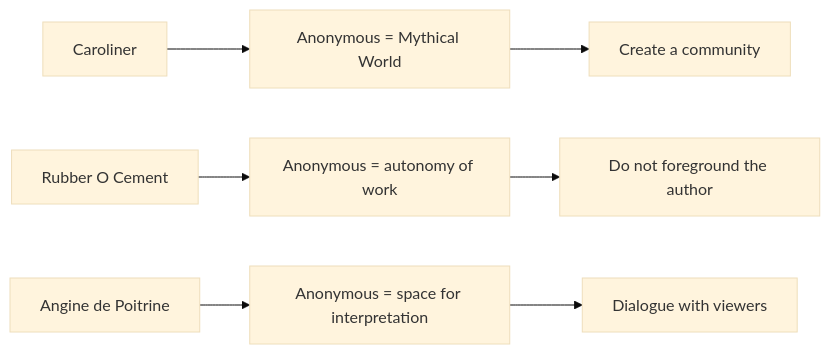
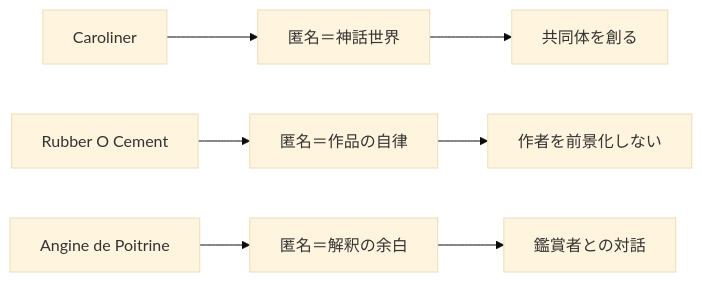
One commit to monumental-movement/monumental-movement.github.io changed the eighth of 9 diagrams in en/_posts/2026-07-07-column-angine-de-poitrine-caroliner-rubber-o-cement.md. Above: the diagram before and after it, drawn with Mermaid (base theme). The commit also changed other lines of this file and 2196 other files, not shown here.

```diff
--- a/en/_posts/2026-07-07-column-angine-de-poitrine-caroliner-rubber-o-cement.md
+++ b/en/_posts/2026-07-07-column-angine-de-poitrine-caroliner-rubber-o-cement.md
@@ -811,20 +810,20 @@
 <div class="mermaid">
 flowchart LR
 
 A["Caroliner"]
-B["Anonymous = Mythical World"]
-C["Create a community"]
+B["匿名＝神話世界"]
+C["共同体を創る"]
 
 D["Rubber O Cement"]
-E["Anonymous = autonomy of work"]
-F["Do not foreground the author"]
+E["匿名＝作品の自律"]
+F["作者を前景化しない"]
 
 G["Angine de Poitrine"]
-H["Anonymous = space for interpretation"]
-I["Dialogue with viewers"]
+H["匿名＝解釈の余白"]
+I["鑑賞者との対話"]
 
 A --> B --> C
 D --> E --> F
 G --> H --> I
 
 </div>
```
